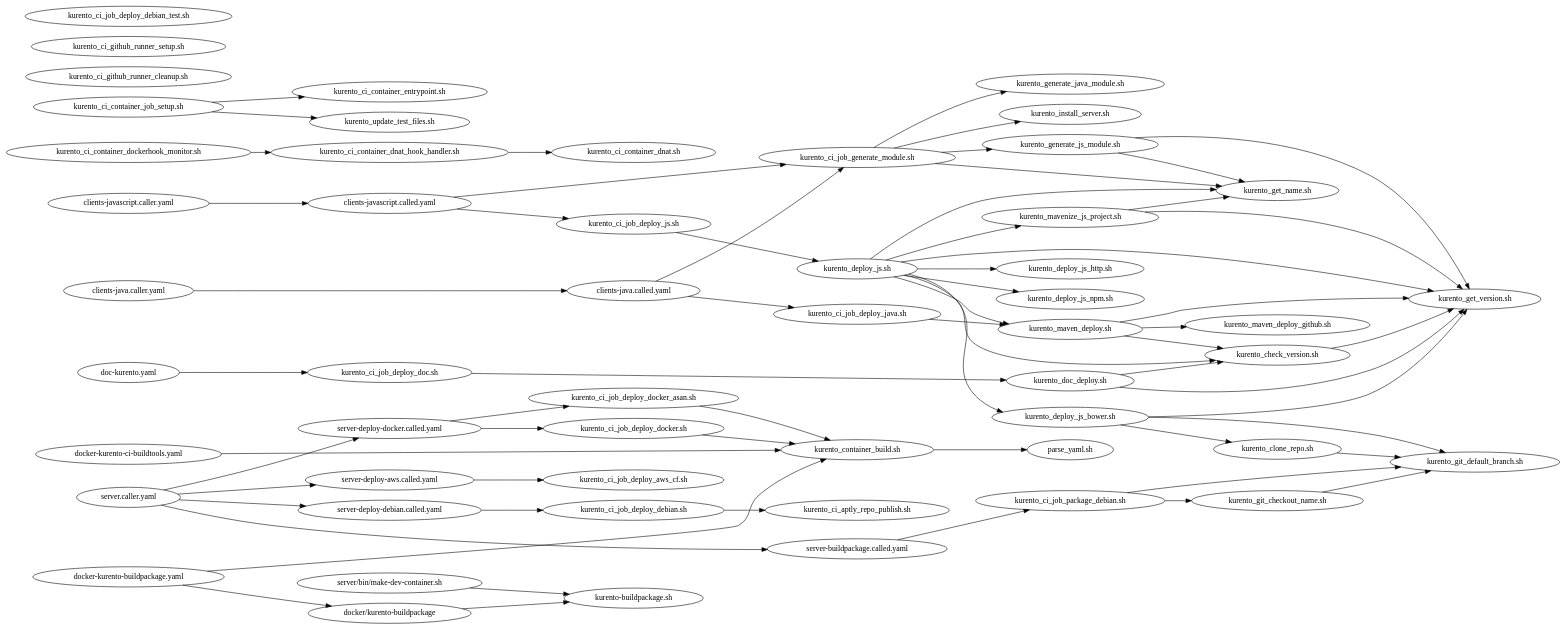
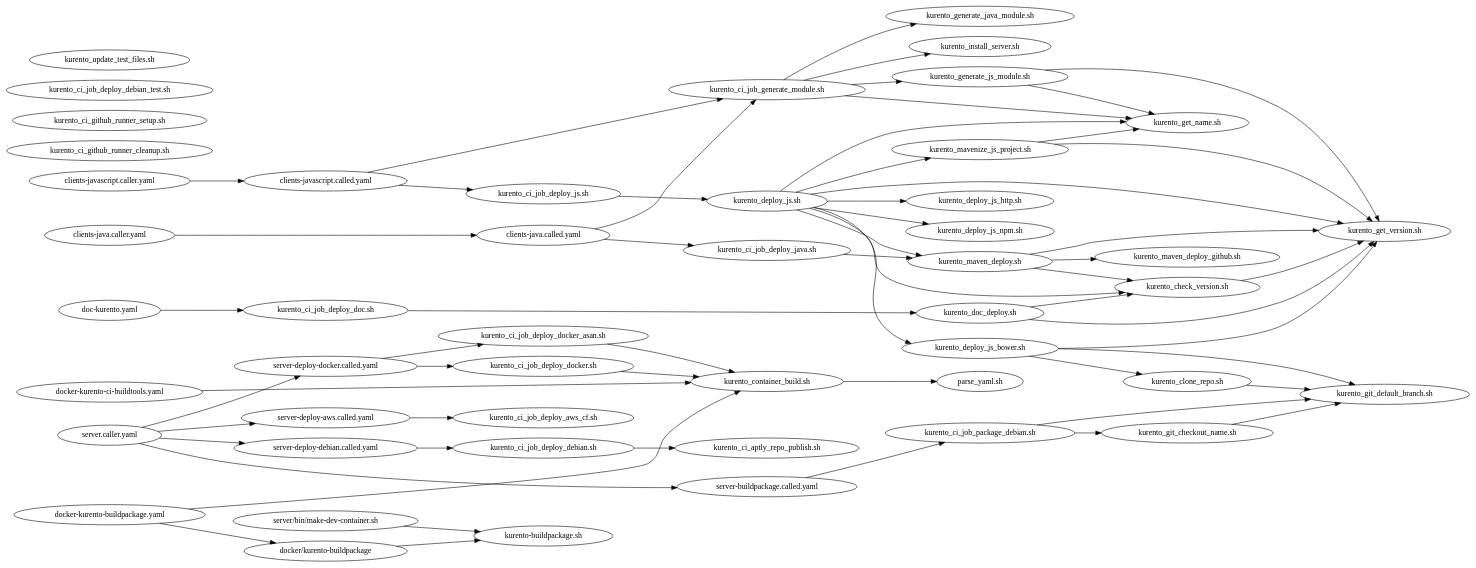
Before and after one commit to Kurento/kurento: the diagram in ci-scripts/README.d/scripts-dependencies.dot, drawn with Graphviz. The commit also changed 17 other files, not shown here.

```diff
--- a/ci-scripts/README.d/scripts-dependencies.dot
+++ b/ci-scripts/README.d/scripts-dependencies.dot
@@ -1,200 +1,185 @@
 digraph scripts {
   //bgcolor = "transparent";
   fontname = "Bitstream Vera Sans";
   fontsize = 8;
   rankdir = "LR";
 
 
   // GitHub Actions CI workflows
   // ===========================
 
   // Standalone definitions.
   // Used so these can be applied the same root rank and appear at the same level.
   {
     rank = "same";
 
     "clients-java.caller.yaml";
     "clients-javascript.caller.yaml";
     "doc-kurento.yaml";
     "docker-kurento-buildpackage.yaml";
     "docker-kurento-ci-buildtools.yaml";
     "server.caller.yaml";
   }
 
   // Root parent jobs.
   "clients-java.caller.yaml" -> {
     "clients-java.called.yaml"
   };
   "clients-javascript.caller.yaml" -> {
     "clients-javascript.called.yaml"
   };
   "doc-kurento.yaml" -> {
     "kurento_ci_job_deploy_doc.sh"
   };
   "docker-kurento-buildpackage.yaml" -> {
     "kurento_container_build.sh"
     "docker/kurento-buildpackage"
   };
   "docker-kurento-ci-buildtools.yaml" -> {
     "kurento_container_build.sh"
   };
   "server.caller.yaml" -> {
     "server-buildpackage.called.yaml"
     "server-deploy-aws.called.yaml"
     "server-deploy-debian.called.yaml"
     "server-deploy-docker.called.yaml"
   };
 
   // Child jobs ("reusable workflows")
   "clients-java.called.yaml" -> {
     "kurento_ci_job_deploy_java.sh"
     "kurento_ci_job_generate_module.sh"
   };
   "clients-javascript.called.yaml" -> {
     "kurento_ci_job_deploy_js.sh"
     "kurento_ci_job_generate_module.sh"
   };
   "server-buildpackage.called.yaml" -> {
     "kurento_ci_job_package_debian.sh"
   };
   "server-deploy-aws.called.yaml" -> {
     "kurento_ci_job_deploy_aws_cf.sh"
   };
   "server-deploy-debian.called.yaml" -> {
     "kurento_ci_job_deploy_debian.sh"
   };
   "server-deploy-docker.called.yaml" -> {
     "kurento_ci_job_deploy_docker.sh"
     "kurento_ci_job_deploy_docker_asan.sh"
   };
 
 
   // GitHub Actions CI job scripts
   // =============================
 
   "kurento_ci_aptly_repo_publish.sh";
-  "kurento_ci_container_dnat_hook_handler.sh" -> {
-    "kurento_ci_container_dnat.sh"
-  };
-  "kurento_ci_container_dnat.sh";
-  "kurento_ci_container_dockerhook_monitor.sh" -> {
-    "kurento_ci_container_dnat_hook_handler.sh"
-  };
-  "kurento_ci_container_entrypoint.sh" -> {
-  };
-  "kurento_ci_container_job_setup.sh" -> {
-    "kurento_ci_container_entrypoint.sh"
-    "kurento_update_test_files.sh"
-  };
   "kurento_ci_github_runner_cleanup.sh";
   "kurento_ci_github_runner_setup.sh";
   "kurento_ci_job_deploy_aws_cf.sh";
   "kurento_ci_job_deploy_debian_test.sh";
   "kurento_ci_job_deploy_debian.sh" -> {
     "kurento_ci_aptly_repo_publish.sh"
   };
   "kurento_ci_job_deploy_doc.sh" -> {
     "kurento_doc_deploy.sh"
   };
   "kurento_ci_job_deploy_docker.sh" -> {
     "kurento_container_build.sh"
   };
   "kurento_ci_job_deploy_docker_asan.sh" -> {
     "kurento_container_build.sh"
   };
   "kurento_ci_job_deploy_java.sh" -> {
     "kurento_maven_deploy.sh"
   };
   "kurento_ci_job_deploy_js.sh" -> {
     "kurento_deploy_js.sh"
   };
   "kurento_ci_job_generate_module.sh" -> {
     "kurento_generate_java_module.sh"
     "kurento_generate_js_module.sh"
     "kurento_get_name.sh"
     "kurento_install_server.sh"
   };
   "kurento_ci_job_package_debian.sh" -> {
     "kurento_git_checkout_name.sh"
     "kurento_git_default_branch.sh"
   };
 
 
   // Miscellaneous origins
   // =====================
 
   "docker/kurento-buildpackage" -> {
     "kurento-buildpackage.sh"
   };
 
   "server/bin/make-dev-container.sh" -> {
     "kurento-buildpackage.sh"
   };
 
 
   // Concrete CI operations
   // ======================
 
   "kurento_container_build.sh" -> {
     "parse_yaml.sh"
   };
   "kurento_deploy_js.sh" -> {
     "kurento_check_version.sh"
     "kurento_deploy_js_bower.sh"
     "kurento_deploy_js_http.sh"
     "kurento_deploy_js_npm.sh"
     "kurento_get_name.sh"
     "kurento_get_version.sh"
     "kurento_maven_deploy.sh"
     "kurento_mavenize_js_project.sh"
   };
   "kurento_deploy_js_bower.sh" -> {
     "kurento_clone_repo.sh"
     "kurento_get_version.sh"
     "kurento_git_default_branch.sh"
   };
   "kurento_deploy_js_http.sh";
   "kurento_deploy_js_npm.sh";
   "kurento_doc_deploy.sh" -> {
     "kurento_check_version.sh"
     "kurento_get_version.sh"
   };
   "kurento_generate_java_module.sh";
   "kurento_generate_js_module.sh" -> {
     "kurento_get_name.sh"
     "kurento_get_version.sh"
   };
   "kurento_maven_deploy.sh" -> {
     "kurento_check_version.sh"
     "kurento_get_version.sh"
     "kurento_maven_deploy_github.sh"
   };
   "kurento_maven_deploy_github.sh";
   "kurento_mavenize_js_project.sh" -> {
     "kurento_get_name.sh"
     "kurento_get_version.sh"
   };
   "kurento-buildpackage.sh";
 
 
   // Utilities
   // =========
 
   "kurento_check_version.sh" -> {
     "kurento_get_version.sh"
   };
   "kurento_clone_repo.sh" -> {
     "kurento_git_default_branch.sh"
   };
   "kurento_get_name.sh";
   "kurento_get_version.sh";
   "kurento_git_checkout_name.sh" -> {
     "kurento_git_default_branch.sh"
   };
-  "kurento_update_test_files.sh" -> {
-  };
   "kurento_git_default_branch.sh";
   "kurento_install_server.sh";
   "kurento_update_test_files.sh";
   "parse_yaml.sh";
 }
```
